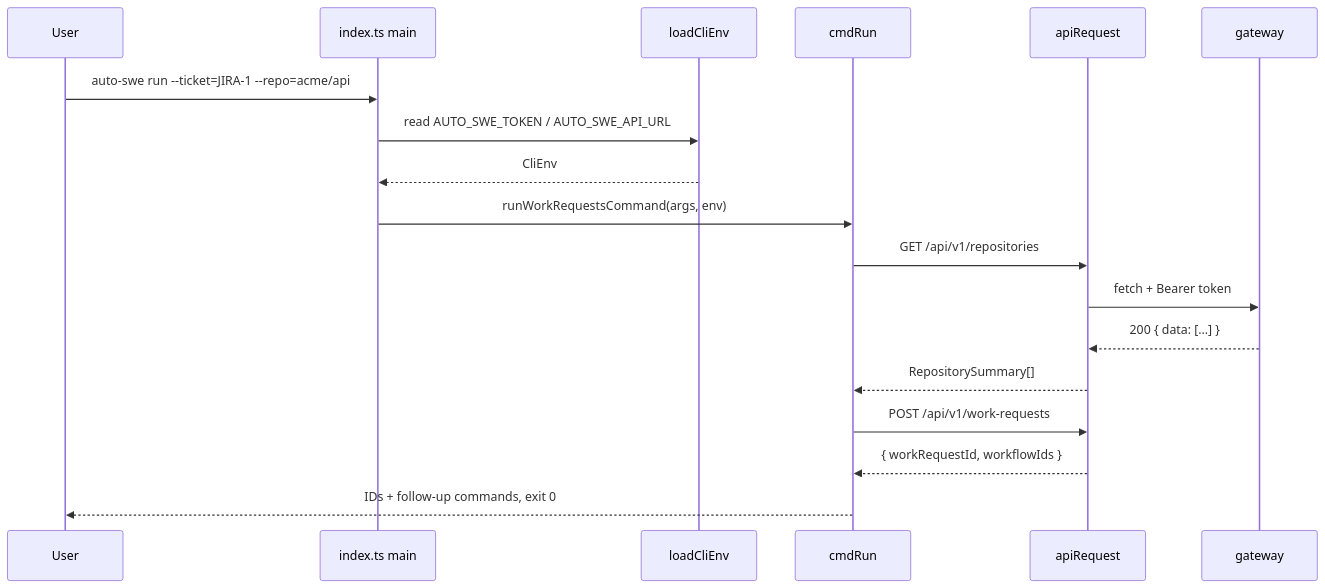
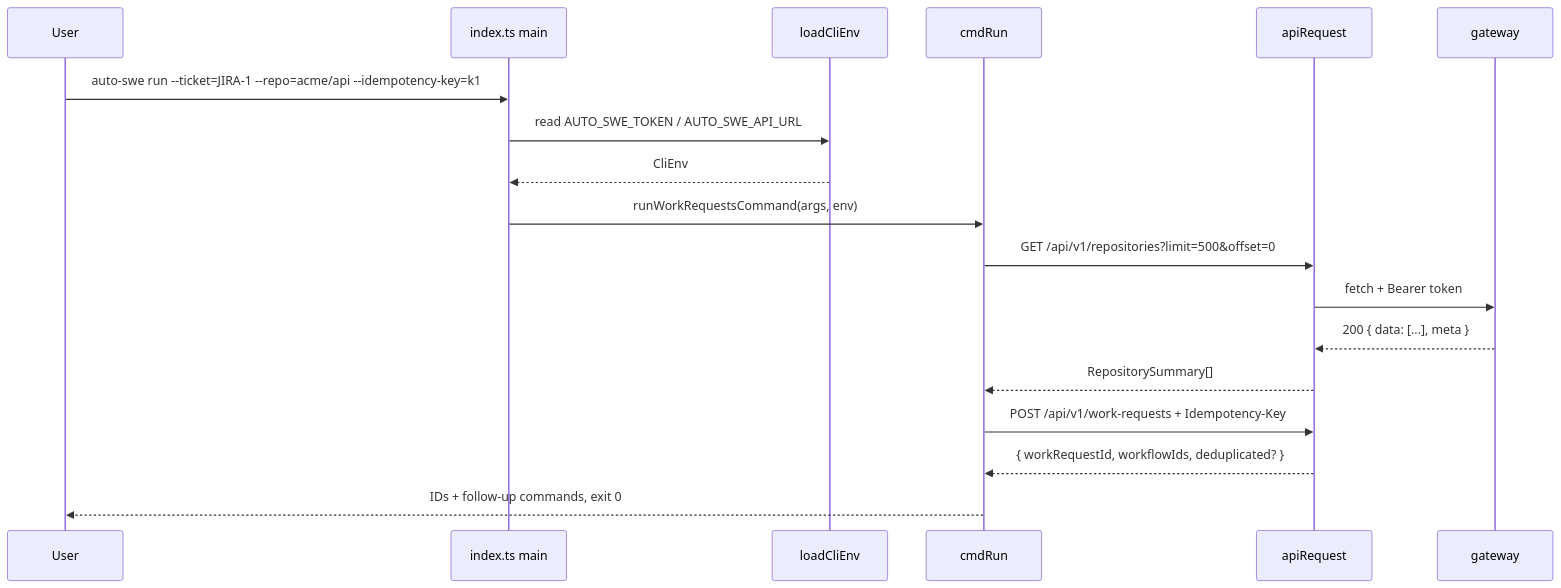
Before and after one commit to yorch/auto-swe: the second of 2 diagrams in wiki/6-cli.md, drawn with Mermaid. The commit also changed other lines of this file and 28 other files, not shown here.

````diff
--- a/wiki/6-cli.md
+++ b/wiki/6-cli.md
@@ -177,21 +204,21 @@
 ```mermaid
 sequenceDiagram
     participant User
     participant main as index.ts main
     participant env as loadCliEnv
     participant cmd as cmdRun
     participant api as apiRequest
     participant gw as gateway
 
-    User->>main: auto-swe run --ticket=JIRA-1 --repo=acme/api
+    User->>main: auto-swe run --ticket=JIRA-1 --repo=acme/api --idempotency-key=k1
     main->>env: read AUTO_SWE_TOKEN / AUTO_SWE_API_URL
     env-->>main: CliEnv
     main->>cmd: runWorkRequestsCommand(args, env)
-    cmd->>api: GET /api/v1/repositories
+    cmd->>api: GET /api/v1/repositories?limit=500&offset=0
     api->>gw: fetch + Bearer token
-    gw-->>api: 200 { data: [...] }
+    gw-->>api: 200 { data: [...], meta }
     api-->>cmd: RepositorySummary[]
-    cmd->>api: POST /api/v1/work-requests
-    api-->>cmd: { workRequestId, workflowIds }
+    cmd->>api: POST /api/v1/work-requests + Idempotency-Key
+    api-->>cmd: { workRequestId, workflowIds, deduplicated? }
     cmd-->>User: IDs + follow-up commands, exit 0
 ```
````
